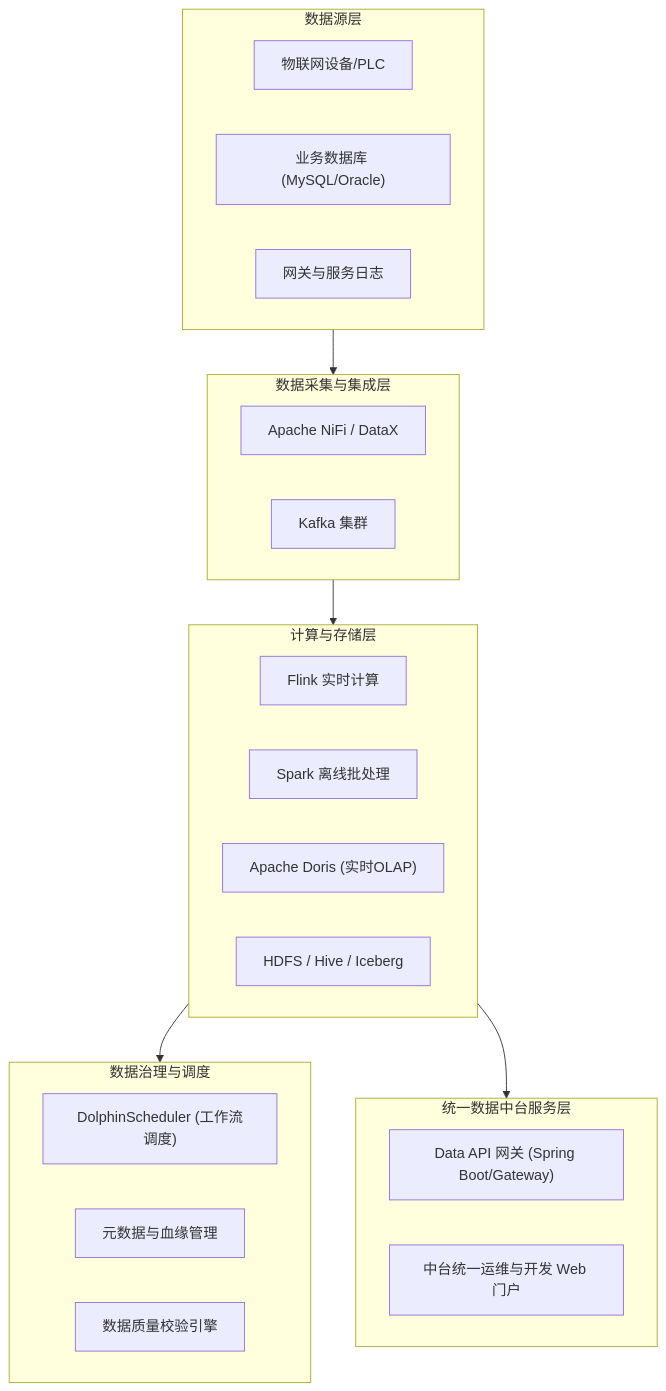
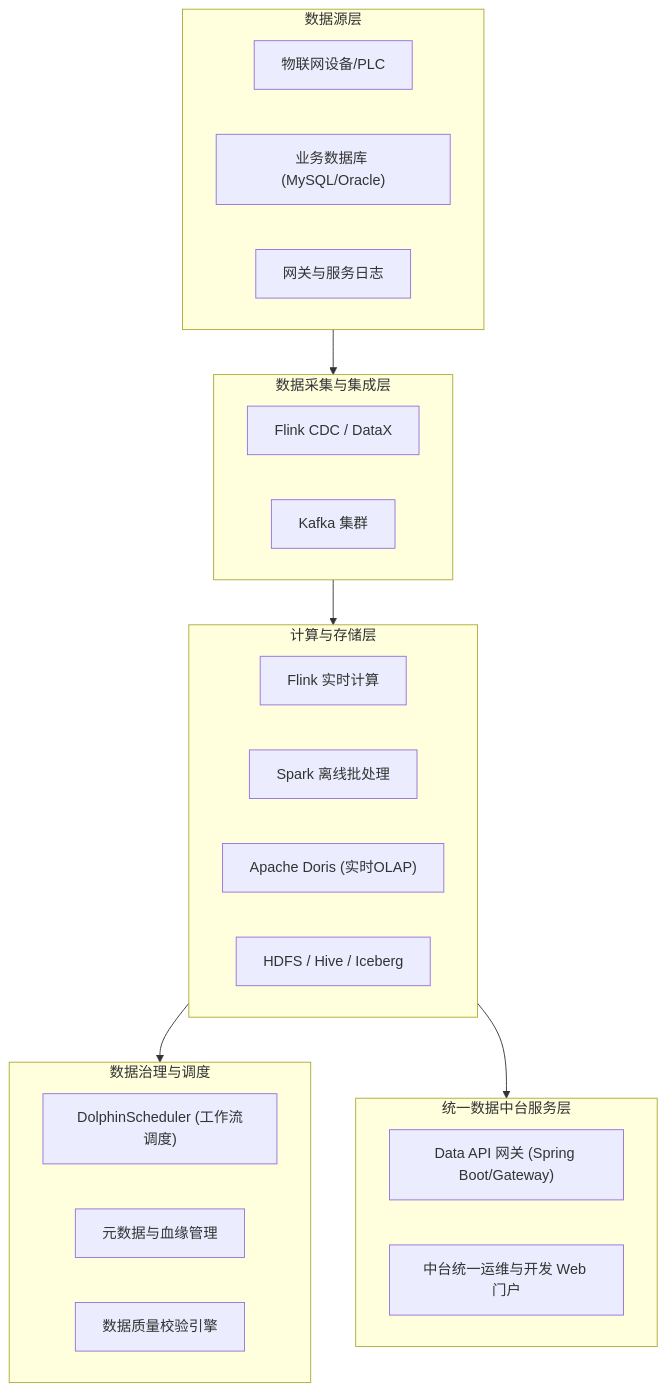
One commit to tieke1121/tech-interview-knowledge-base changed the diagram in templates/project-review-template.md. Above: the diagram before and after it, drawn with Mermaid. The commit also changed other lines of this file and 5 other files, not shown here.

````diff
--- a/templates/project-review-template.md
+++ b/templates/project-review-template.md
@@ -37,36 +37,36 @@
 ```mermaid
 flowchart TB
     subgraph DataSources["数据源层"]
         IoT["物联网设备/PLC"]
         DB["业务数据库 (MySQL/Oracle)"]
         Logs["网关与服务日志"]
     end
 
     subgraph Ingestion["数据采集与集成层"]
-        NiFi["Apache NiFi / DataX"]
+        ETL["Flink CDC / DataX"]
         Kafka["Kafka 集群"]
     end
 
     subgraph StorageCompute["计算与存储层"]
         Flink["Flink 实时计算"]
         Spark["Spark 离线批处理"]
         Doris["Apache Doris (实时OLAP)"]
         HDFS["HDFS / Hive / Iceberg"]
     end
 
     subgraph Governance["数据治理与调度"]
         Dolphin["DolphinScheduler (工作流调度)"]
         Atlas["元数据与血缘管理"]
         Quality["数据质量校验引擎"]
     end
 
     subgraph Service["统一数据中台服务层"]
         DataAPI["Data API 网关 (Spring Boot/Gateway)"]
         WebUI["中台统一运维与开发 Web 门户"]
     end
 
     DataSources --> Ingestion
     Ingestion --> StorageCompute
     StorageCompute --> Governance
     StorageCompute --> Service
 ```
````
